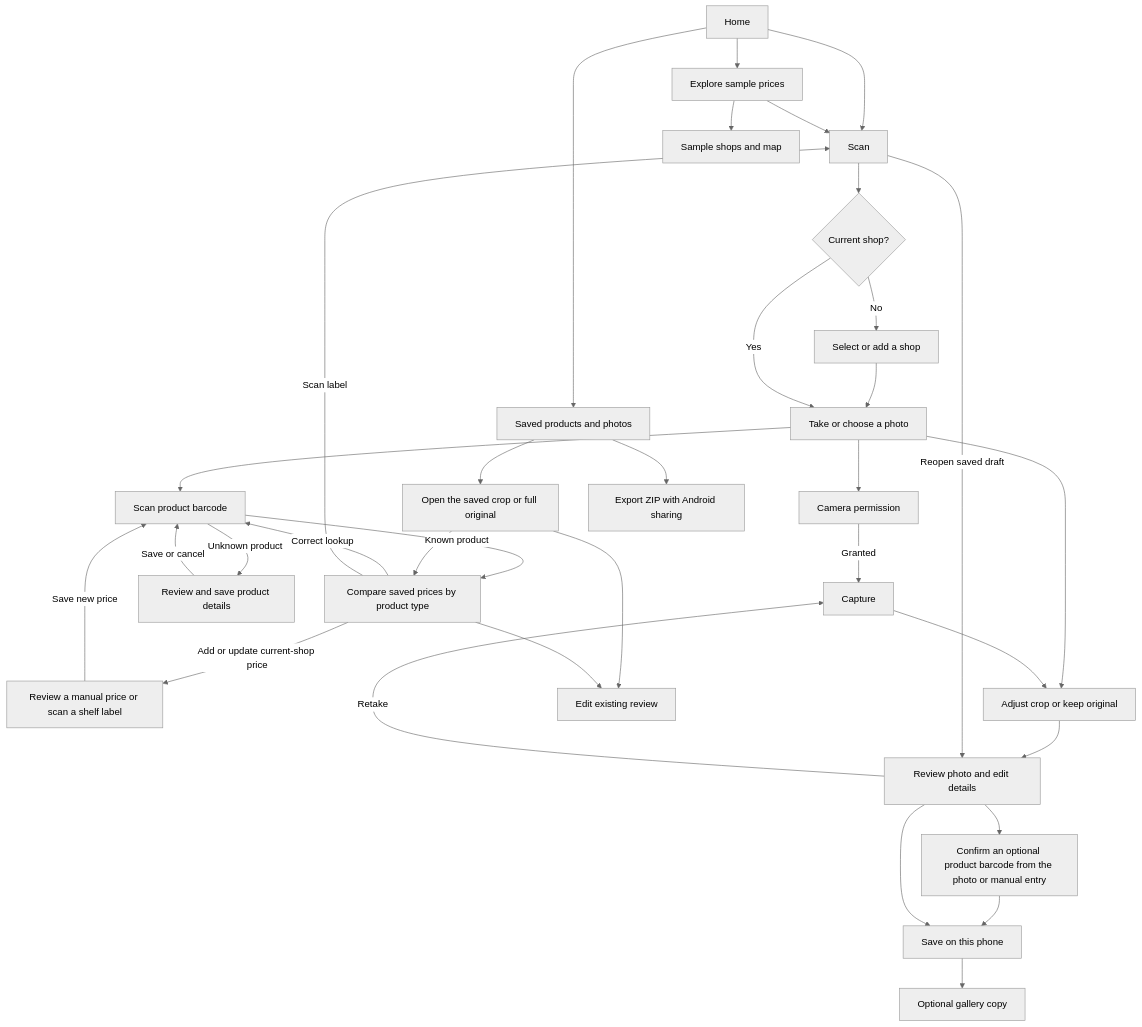
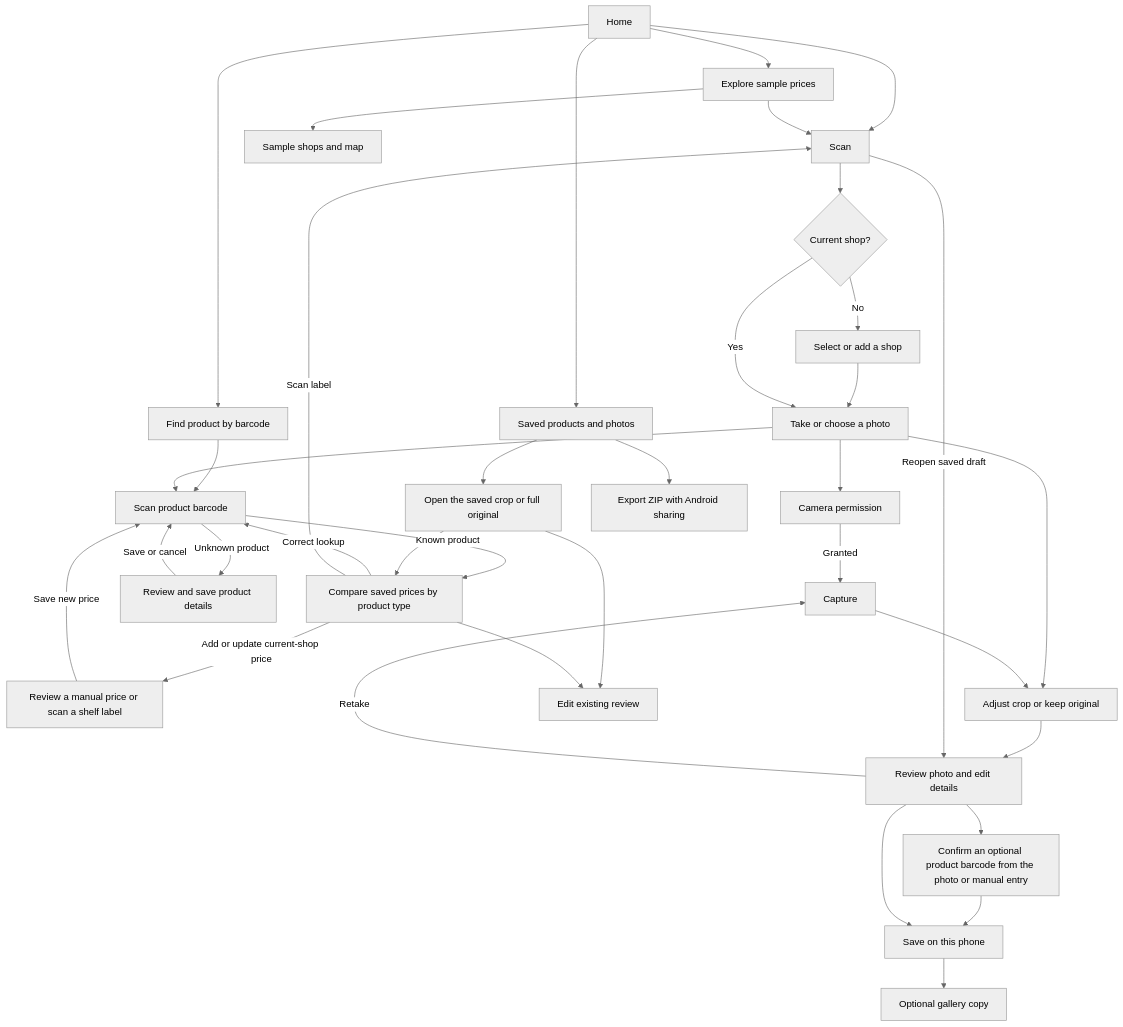
The diagram in docs/app-map.md (Maratatasan/cheapo-app), drawn with Mermaid (neutral theme) before and after one commit. The commit also changed other lines of this file and 7 other files, not shown here.

Commit message:
Open product barcode lookup directly from Home (#164)

````diff
--- a/docs/app-map.md
+++ b/docs/app-map.md
@@ -14,36 +14,38 @@
 ```mermaid
 flowchart TD
     Home --> Scan
+    Home --> Lookup["Find product by barcode"]
+    Lookup --> Barcode
     Scan --> CurrentShop{"Current shop?"}
     CurrentShop -->|No| ChooseShop["Select or add a shop"]
     ChooseShop --> Source["Take or choose a photo"]
     CurrentShop -->|Yes| Source
     Source --> Barcode["Scan product barcode"]
     Barcode -->|Known product| Compare
     Compare -->|Correct lookup| Barcode
     Compare -->|Add or update current-shop price| PriceReview["Review a manual price or scan a shelf label"]
     PriceReview -->|Save new price| Barcode
     Barcode -->|Unknown product| AddProduct["Review and save product details"]
     AddProduct -->|Save or cancel| Barcode
     Source --> Permission["Camera permission"]
     Source --> Crop
     Permission -->|Granted| Capture
     Capture --> Crop["Adjust crop or keep original"]
     Crop --> Review["Review photo and edit details"]
     Review -->|Retake| Capture
     Review --> BarcodeReview["Confirm an optional product barcode from the photo or manual entry"]
     BarcodeReview --> Save["Save on this phone"]
     Review --> Save
     Save --> Gallery["Optional gallery copy"]
     Home --> Saved["Saved products and photos"]
     Saved --> SavedPhoto["Open the saved crop or full original"]
     SavedPhoto --> Compare["Compare saved prices by product type"]
     SavedPhoto --> Edit["Edit existing review"]
     Compare --> Edit
     Compare -->|Scan label| Scan
     Saved --> Export["Export ZIP with Android sharing"]
     Scan -->|Reopen saved draft| Review
     Home --> Results["Explore sample prices"]
     Results --> Shops["Sample shops and map"]
     Results --> Scan
 ```
````
